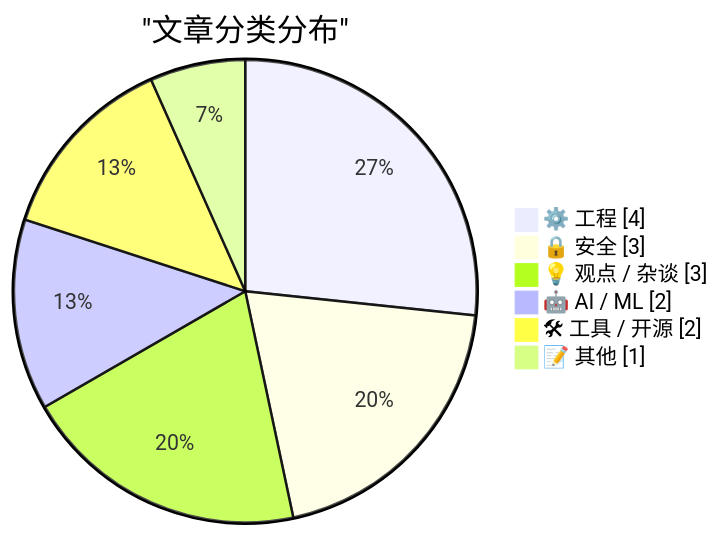
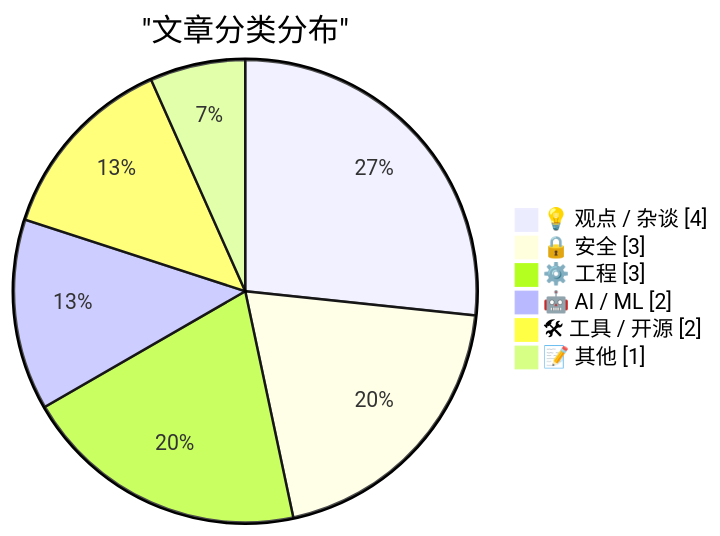
One commit to AllenX-Li/ai-daily-digest changed the first of 2 diagrams in docs/digest-20260502.md. Above: the diagram before and after it, drawn with Mermaid. The commit also changed other lines of this file and 2 other files, not shown here.

````diff
--- a/docs/digest-20260502.md
+++ b/docs/digest-20260502.md
@@ -53,10 +53,10 @@
 ```mermaid
 pie showData
     title "文章分类分布"
-    "⚙️ 工程" : 4
+    "💡 观点 / 杂谈" : 4
     "🔒 安全" : 3
-    "💡 观点 / 杂谈" : 3
+    "⚙️ 工程" : 3
     "🤖 AI / ML" : 2
     "🛠 工具 / 开源" : 2
     "📝 其他" : 1
 ```
````
